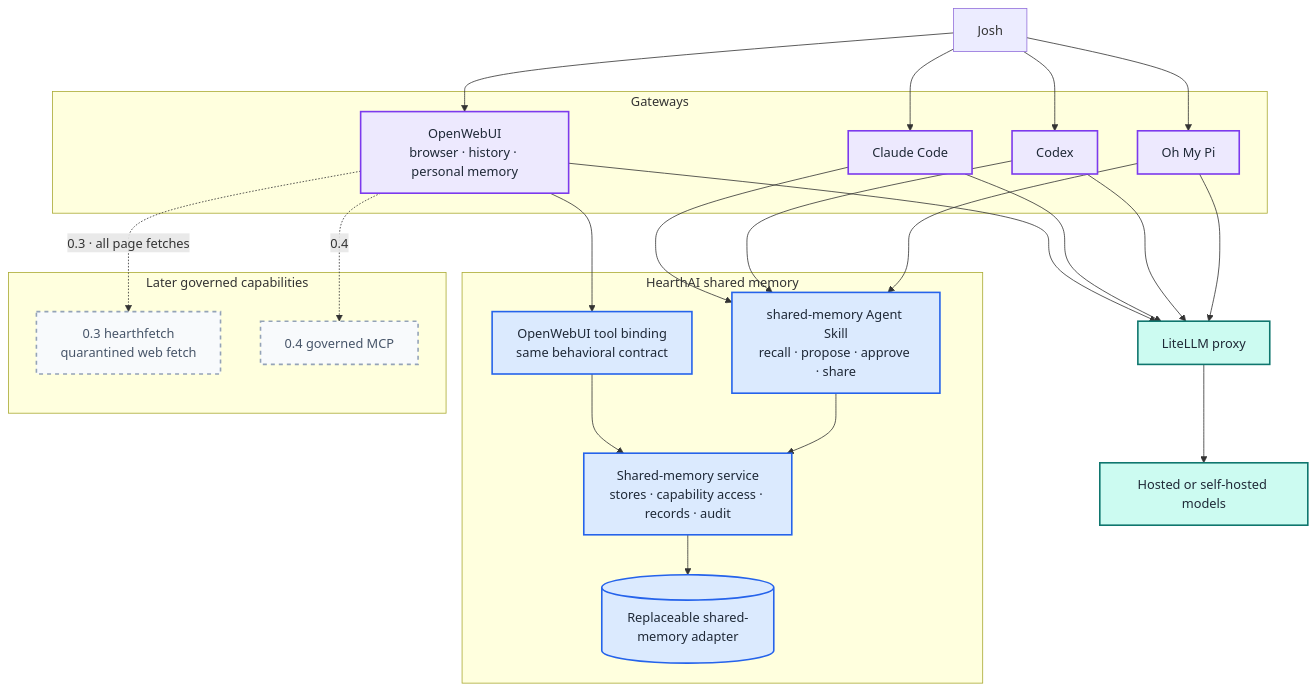
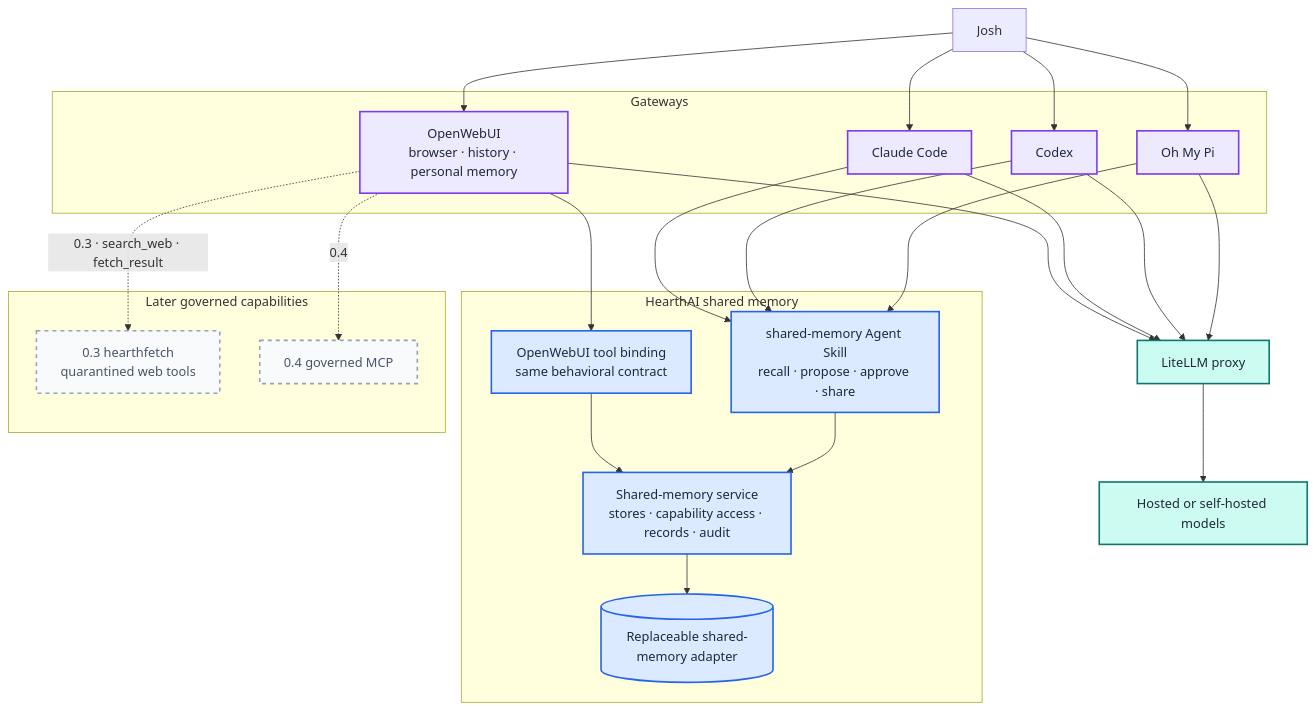
Before and after one commit to jokajak/hearthai: the first of 6 diagrams in docs/ARCHITECTURE.md, drawn with Mermaid. The commit also changed other lines of this file and 5 other files, not shown here.

First line of the commit message:
docs: deliver the quarantined fetch as a tool, not a retrieval hook

````diff
--- a/docs/ARCHITECTURE.md
+++ b/docs/ARCHITECTURE.md
@@ -22,58 +22,58 @@
 ```mermaid
 flowchart TB
     USER["Josh"]
 
     subgraph GATEWAYS["Gateways"]
         OW["OpenWebUI<br/>browser · history · personal memory"]
         CC["Claude Code"]
         CX["Codex"]
         OMP["Oh My Pi"]
     end
 
     subgraph MEMORY["HearthAI shared memory"]
         SKILL["shared-memory Agent Skill<br/>recall · propose · approve · share"]
         OWADAPTER["OpenWebUI tool binding<br/>same behavioral contract"]
         SERVICE["Shared-memory service<br/>stores · capability access · records · audit"]
         STORE[("Replaceable shared-memory adapter")]
     end
 
     subgraph LATER["Later governed capabilities"]
-        FETCH["0.3 hearthfetch<br/>quarantined web fetch"]
+        FETCH["0.3 hearthfetch<br/>quarantined web tools"]
         MCP["0.4 governed MCP"]
     end
 
     LITELLM["LiteLLM proxy"]
     MODELS["Hosted or self-hosted models"]
 
     USER --> OW
     USER --> CC
     USER --> CX
     USER --> OMP
 
     OW --> LITELLM
     CC --> LITELLM
     CX --> LITELLM
     OMP --> LITELLM
     LITELLM --> MODELS
 
     OW --> OWADAPTER
     CC --> SKILL
     CX --> SKILL
     OMP --> SKILL
     OWADAPTER --> SERVICE
     SKILL --> SERVICE
     SERVICE --> STORE
 
-    OW -. "0.3 · all page fetches" .-> FETCH
+    OW -. "0.3 · search_web · fetch_result" .-> FETCH
     OW -. "0.4" .-> MCP
 
     classDef gateway fill:#ede9fe,stroke:#7c3aed,stroke-width:2px,color:#1f2937
     classDef memory fill:#dbeafe,stroke:#2563eb,stroke-width:2px,color:#1f2937
     classDef platform fill:#ccfbf1,stroke:#0f766e,stroke-width:2px,color:#1f2937
     classDef deferred fill:#f8fafc,stroke:#94a3b8,stroke-width:2px,stroke-dasharray:5 5,color:#475569
 
     class OW,CC,CX,OMP gateway
     class SKILL,OWADAPTER,SERVICE,STORE memory
     class LITELLM,MODELS platform
     class FETCH,MCP deferred
 ```
````
